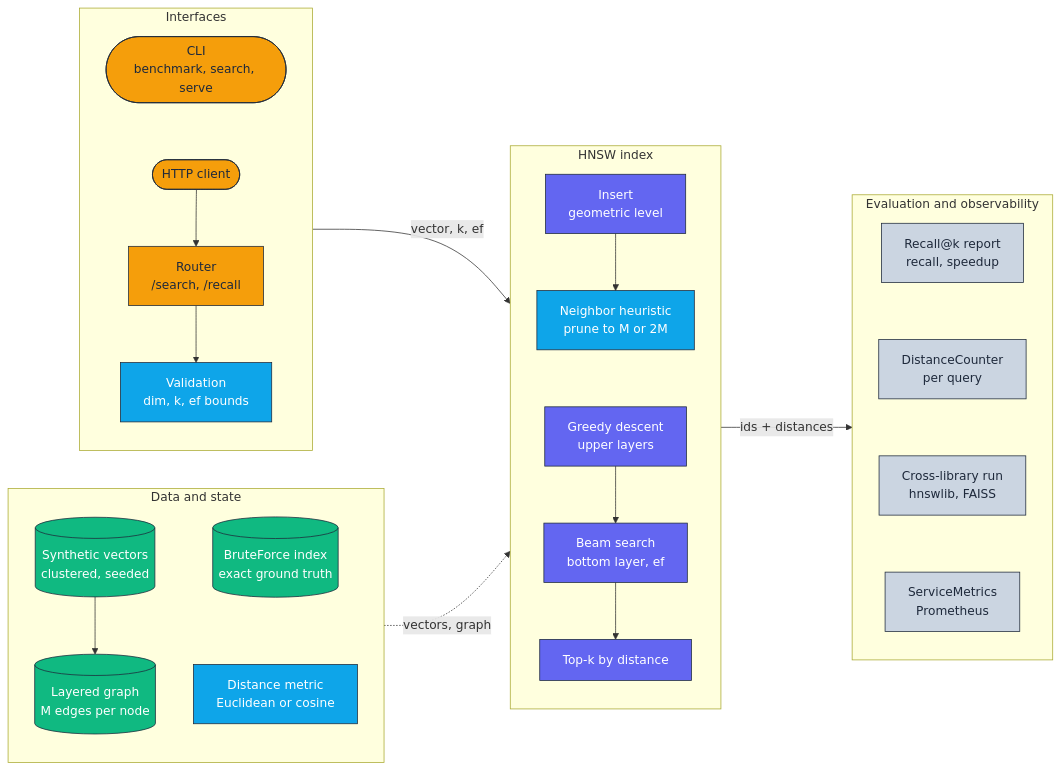
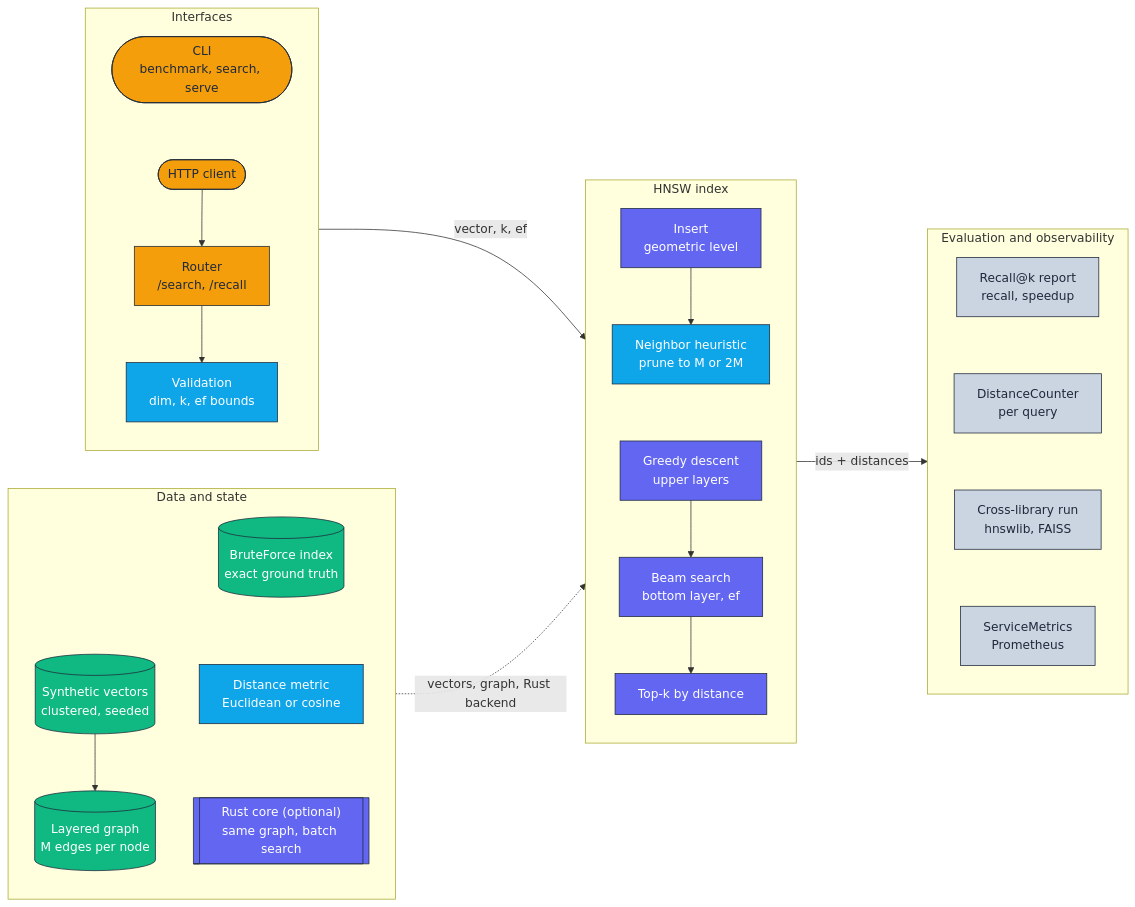
Before and after one commit to adeoluo/ann-vector-search-library: the diagram in docs/architecture/architecture.mmd, drawn with Mermaid. The commit also changed 3 other files, not shown here.

Commit message:
docs: Rust core benchmark, usage, ADR 0004 and diagram

```diff
--- a/docs/architecture/architecture.mmd
+++ b/docs/architecture/architecture.mmd
@@ -1,48 +1,49 @@
 flowchart LR
     classDef edge     fill:#F59E0B,stroke:#1E293B,color:#1E293B,stroke-width:1px;
     classDef core     fill:#6366F1,stroke:#1E293B,color:#ffffff,stroke-width:1px;
     classDef data     fill:#10B981,stroke:#1E293B,color:#ffffff,stroke-width:1px;
     classDef control  fill:#0EA5E9,stroke:#1E293B,color:#ffffff,stroke-width:1px;
     classDef obs      fill:#CBD5E1,stroke:#1E293B,color:#1E293B,stroke-width:1px;
 
     subgraph Interfaces["Interfaces"]
         direction TB
         Client([HTTP client]):::edge
         CLI(["CLI<br/>benchmark, search, serve"]):::edge
         Router["Router<br/>/search, /recall"]:::edge
         Validate["Validation<br/>dim, k, ef bounds"]:::control
         CLI ~~~ Client --> Router --> Validate
     end
 
     subgraph State["Data and state"]
         direction TB
         Vectors[("Synthetic vectors<br/>clustered, seeded")]:::data
         Graph[("Layered graph<br/>M edges per node")]:::data
         Brute[("BruteForce index<br/>exact ground truth")]:::data
         Metric["Distance metric<br/>Euclidean or cosine"]:::control
         Vectors --> Graph
-        Brute ~~~ Metric
+        RustCore[["Rust core (optional)<br/>same graph, batch search"]]:::core
+        Brute ~~~ Metric ~~~ RustCore
     end
 
     subgraph Core["HNSW index"]
         direction TB
         Insert["Insert<br/>geometric level"]:::core
         Select["Neighbor heuristic<br/>prune to M or 2M"]:::control
         Greedy["Greedy descent<br/>upper layers"]:::core
         Beam["Beam search<br/>bottom layer, ef"]:::core
         TopK["Top-k by distance"]:::core
         Insert --> Select ~~~ Greedy --> Beam --> TopK
     end
 
     subgraph Obs["Evaluation and observability"]
         direction TB
         Counter["DistanceCounter<br/>per query"]:::obs
         Recall["Recall@k report<br/>recall, speedup"]:::obs
         Compare["Cross-library run<br/>hnswlib, FAISS"]:::obs
         Metrics["ServiceMetrics<br/>Prometheus"]:::obs
         Recall ~~~ Counter ~~~ Compare ~~~ Metrics
     end
 
     Interfaces -->|vector, k, ef| Core
-    State -.->|vectors, graph| Core
+    State -.->|vectors, graph, Rust backend| Core
     Core -->|ids + distances| Obs
```
